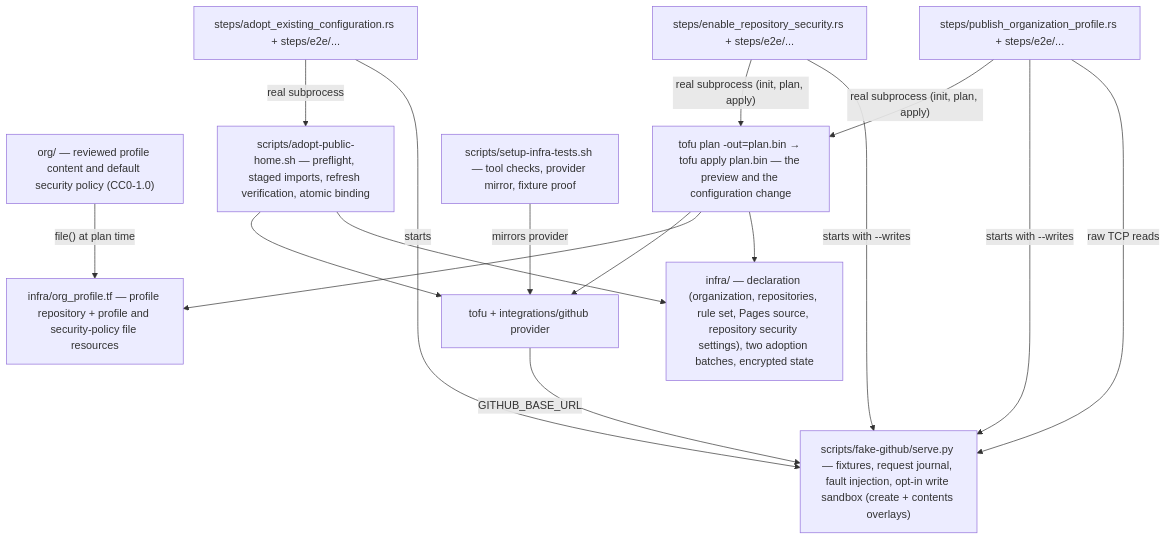
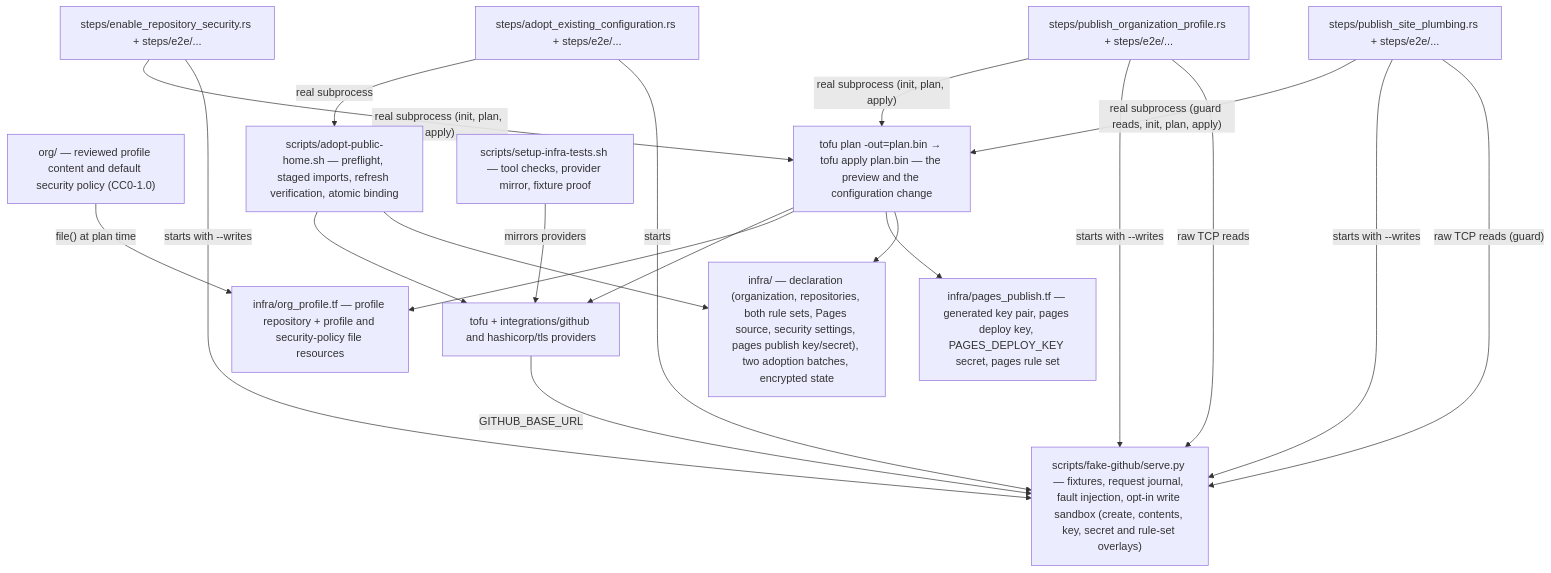
The fourth of 4 diagrams in docs/arc42/05-building-block-view.md (duty2cal/duty2cal), drawn with Mermaid before and after one commit. The commit also changed other lines of this file and 44 other files, not shown here.

Commit message:
chore(apply-configuration-change): prove the features runner and scaffold the pages plumbing steps

````diff
--- a/docs/arc42/05-building-block-view.md
+++ b/docs/arc42/05-building-block-view.md
@@ -123,29 +123,35 @@
 ```mermaid
 flowchart TB
-  DECL["infra/ — declaration (organization, repositories, rule set, Pages source, repository security settings), two adoption batches, encrypted state"]
+  DECL["infra/ — declaration (organization, repositories, both rule sets, Pages source, security settings, pages publish key/secret), two adoption batches, encrypted state"]
   PROFILE["infra/org_profile.tf — profile repository + profile and security-policy file resources"]
+  PUBLISH["infra/pages_publish.tf — generated key pair, pages deploy key, PAGES_DEPLOY_KEY secret, pages rule set"]
   ORG["org/ — reviewed profile content and default security policy (CC0-1.0)"]
   ADOPT["scripts/adopt-public-home.sh — preflight, staged imports, refresh verification, atomic binding"]
   APPLY["tofu plan -out=plan.bin → tofu apply plan.bin — the preview and the configuration change"]
   SETUP["scripts/setup-infra-tests.sh — tool checks, provider mirror, fixture proof"]
-  FAKE["scripts/fake-github/serve.py — fixtures, request journal, fault injection, opt-in write sandbox (create + contents overlays)"]
+  FAKE["scripts/fake-github/serve.py — fixtures, request journal, fault injection, opt-in write sandbox (create, contents, key, secret and rule-set overlays)"]
   STEPS5["steps/adopt_existing_configuration.rs + steps/e2e/..."]
   STEPS6["steps/enable_repository_security.rs + steps/e2e/..."]
   STEPS7["steps/publish_organization_profile.rs + steps/e2e/..."]
-  TOFU5["tofu + integrations/github provider"]
+  STEPS8["steps/publish_site_plumbing.rs + steps/e2e/..."]
+  TOFU5["tofu + integrations/github and hashicorp/tls providers"]
   ORG -->|"file() at plan time"| PROFILE
   ADOPT --> TOFU5
   APPLY --> TOFU5
   APPLY --> PROFILE
+  APPLY --> PUBLISH
   ADOPT --> DECL
   APPLY --> DECL
   STEPS5 -->|real subprocess| ADOPT
   STEPS6 -->|"real subprocess (init, plan, apply)"| APPLY
   STEPS7 -->|"real subprocess (init, plan, apply)"| APPLY
+  STEPS8 -->|"real subprocess (guard reads, init, plan, apply)"| APPLY
   STEPS5 -->|starts| FAKE
   STEPS6 -->|"starts with --writes"| FAKE
   STEPS7 -->|"starts with --writes"| FAKE
+  STEPS8 -->|"starts with --writes"| FAKE
   STEPS7 -->|"raw TCP reads"| FAKE
+  STEPS8 -->|"raw TCP reads (guard)"| FAKE
   TOFU5 -->|"GITHUB_BASE_URL"| FAKE
-  SETUP -->|mirrors provider| TOFU5
+  SETUP -->|mirrors providers| TOFU5
 ```
````
